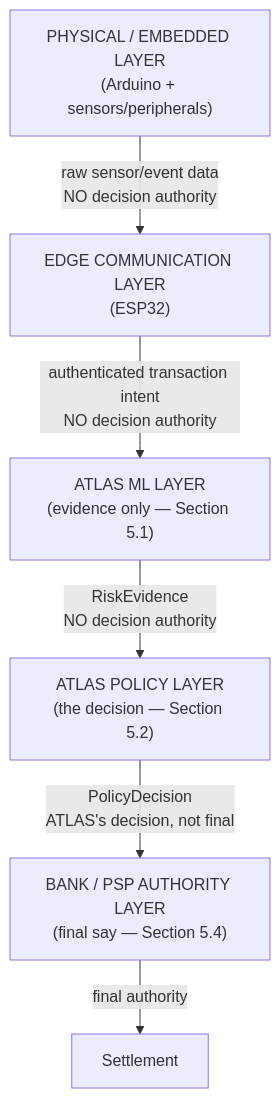
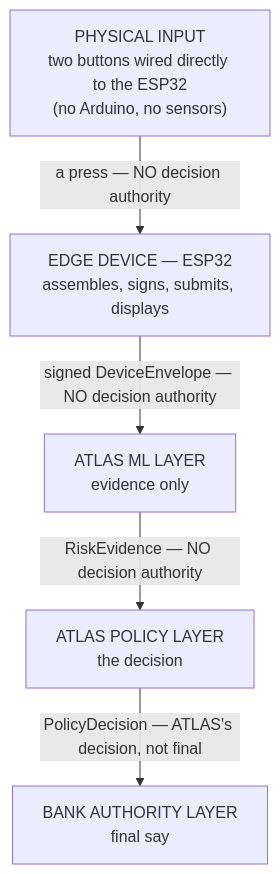
One commit to Dhanu2626/atlas changed the seventh of 8 diagrams in docs/ATLAS-Blueprint.md. Above: the diagram before and after it, drawn with Mermaid. The commit also changed other lines of this file and 4 other files, not shown here.

````diff
--- a/docs/ATLAS-Blueprint.md
+++ b/docs/ATLAS-Blueprint.md
@@ -621,14 +794,13 @@
 ```mermaid
 flowchart TD
-    PHYS["PHYSICAL / EMBEDDED LAYER\n(Arduino + sensors/peripherals)"]
-    EDGE["EDGE COMMUNICATION LAYER\n(ESP32)"]
-    MLL["ATLAS ML LAYER\n(evidence only — Section 5.1)"]
-    POL["ATLAS POLICY LAYER\n(the decision — Section 5.2)"]
-    BANKL["BANK / PSP AUTHORITY LAYER\n(final say — Section 5.4)"]
+    PHYS["PHYSICAL INPUT<br/>two buttons wired directly to the ESP32<br/>(no Arduino, no sensors)"]
+    EDGE["EDGE DEVICE — ESP32<br/>assembles, signs, submits, displays"]
+    MLL["ATLAS ML LAYER<br/>evidence only"]
+    POL["ATLAS POLICY LAYER<br/>the decision"]
+    BANKL["BANK AUTHORITY LAYER<br/>final say"]
 
-    PHYS -->|"raw sensor/event data\nNO decision authority"| EDGE
-    EDGE -->|"authenticated transaction intent\nNO decision authority"| MLL
-    MLL -->|"RiskEvidence\nNO decision authority"| POL
-    POL -->|"PolicyDecision\nATLAS's decision, not final"| BANKL
-    BANKL -->|"final authority"| SETTLE[Settlement]
+    PHYS -->|"a press — NO decision authority"| EDGE
+    EDGE -->|"signed DeviceEnvelope — NO decision authority"| MLL
+    MLL -->|"RiskEvidence — NO decision authority"| POL
+    POL -->|"PolicyDecision — ATLAS's decision, not final"| BANKL
 ```
````
